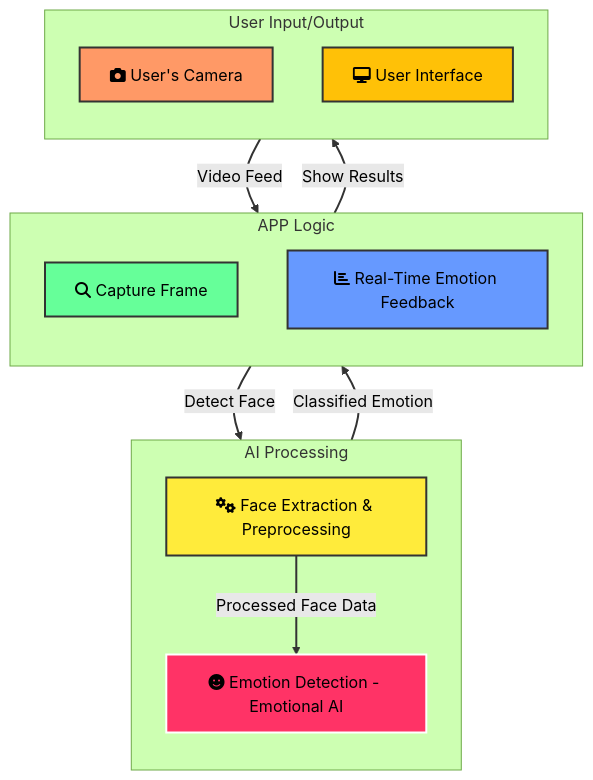
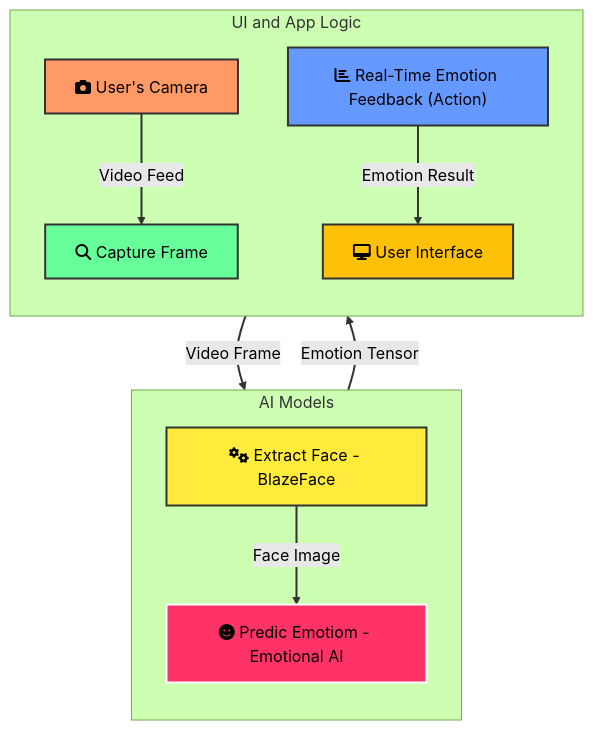
The diagram in README.md (shadji/emotionalanalysis), drawn with Mermaid (forest theme) before and after one commit.

````diff
--- a/README.md
+++ b/README.md
@@ -6,37 +6,35 @@
 ```mermaid
 graph TB
     %% Define Subgraphs (User I/O, APP Logic, and AI Processing)
-    subgraph AI_System [AI Processing]
+
+    %% AI System Subgraph (Data Processing)
+    subgraph AI_System [AI Models]
         direction TB
-        C["<i class='fa fa-cogs'></i> Face Extraction & Preprocessing"]
-        D["<i class='fa fa-smile'></i> Emotion Detection - Emotional AI"]
+        C["<i class='fa fa-cogs'></i> Extract Face - BlazeFace"]
+        D["<i class='fa fa-smile'></i> Predic Emotiom - Emotional AI"]
     end
-    subgraph APP_Logic [APP Logic]
-        direction TB
-        B["<i class='fa fa-search'></i> Capture Frame"]
-        E["<i class='fa fa-bar-chart'></i> Real-Time Emotion Feedback"]
-    end   
-    subgraph User_IO [User Input/Output]
+    %% User Input/Output Subgraph (Capturing Video and Showing Results)
+    subgraph User_IO [UI and App Logic]
         direction TB
         A["<i class='fa fa-camera'></i> User's Camera"]
+        B["<i class='fa fa-search'></i> Capture Frame"]
+        E["<i class='fa fa-bar-chart'></i> Real-Time Emotion Feedback (Action)"]
         F["<i class='fa fa-desktop'></i> User Interface"]
     end
 
 
 
-   
-
-    %% Define Flow between Subgraphs
-    A -->|Video Feed| B -->|Detect Face| C -->|Processed Face Data| D -->|Classified Emotion| E -->|Show Results| F
+    %% Define Flow Between Subgraphs
+    A -->|Video Feed| B -->|Video Frame| C -->|Face Image| D -->|Emotion Tensor| E -->|Emotion Result| F
 
     %% Style and Node Coloring
     style A fill:#f96,stroke:#333,stroke-width:2px
     style F fill:#ffc107,stroke:#333,stroke-width:2px
     style B fill:#6f9,stroke:#333,stroke-width:2px
     style E fill:#69f,stroke:#333,stroke-width:2px
     style C fill:#ffeb3b,stroke:#333,stroke-width:2px
     style D fill:#f36,stroke:#fff,stroke-width:2px
 
     %% Arrow styling for consistency
     linkStyle default stroke:#333,stroke-width:2px,fill:none
 ```
````
